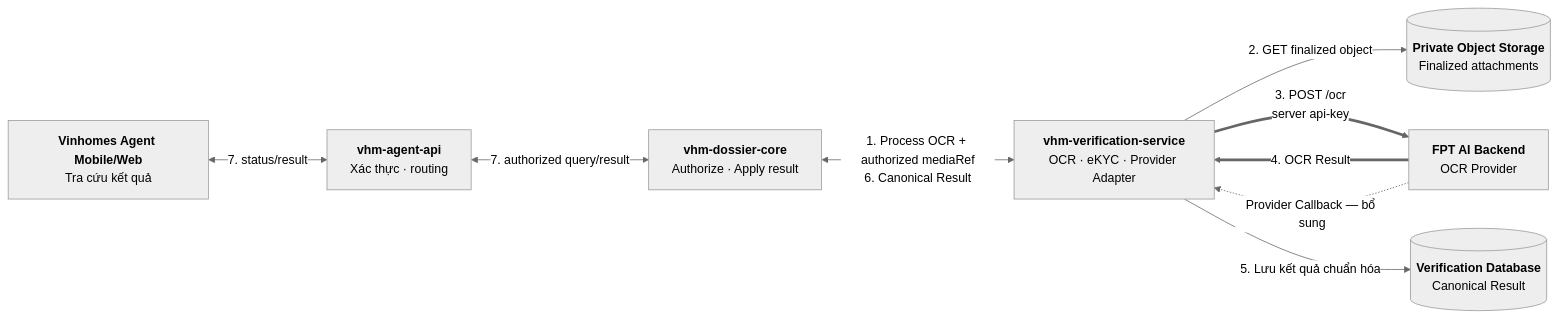
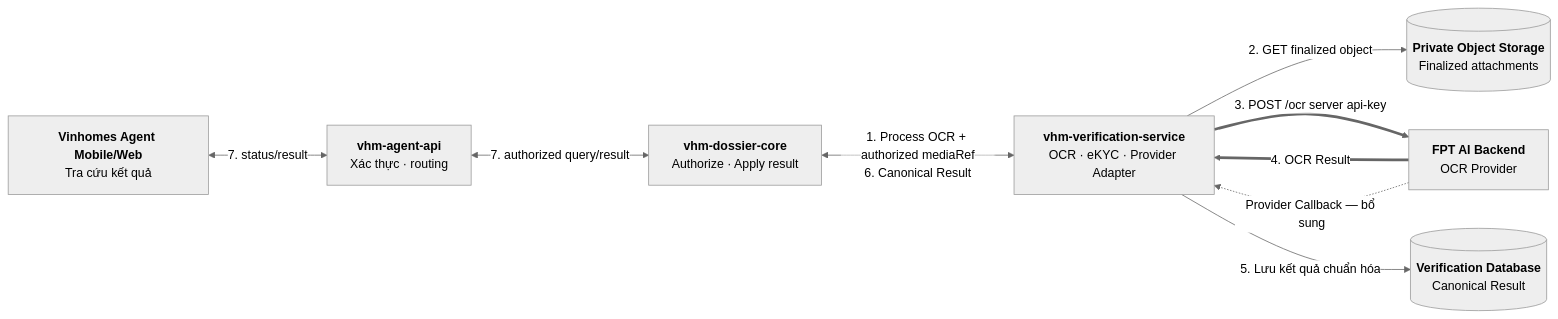
One commit to huynv-xyz/vhm changed the second of 10 diagrams in noxh.md. Above: the diagram before and after it, drawn with Mermaid (neutral theme). The commit also changed other lines of this file, not shown here.

````diff
--- a/noxh.md
+++ b/noxh.md
@@ -156,19 +164,28 @@
 ```mermaid
 flowchart LR
-    AGENT["<b>Vinhomes Agent Mobile/Web</b><br/>Tra cứu kết quả"]
-    BFF["<b>vhm-agent-api</b><br/>Xác thực · routing"]
-    NOXH["<b>vhm-dossier-core</b><br/>Authorize · Apply result"]
-    VERIFY["<b>vhm-verification-service</b><br/>OCR · eKYC · Provider Adapter"]
-    MEDIA[("<b>Private Object Storage</b><br/>Finalized attachments")]
-    PROVIDER["<b>FPT AI Backend</b><br/>OCR Provider"]
-    DB[("<b>Verification Database</b><br/>Canonical Result")]
+    AGENT["`**Vinhomes Agent Mobile/Web**
+Tra cứu kết quả`"]
+    BFF["`**vhm-agent-api**
+Xác thực · routing`"]
+    NOXH["`**vhm-dossier-core**
+Authorize · Apply result`"]
+    VERIFY["`**vhm-verification-service**
+OCR · eKYC · Provider Adapter`"]
+    MEDIA[("`**Private Object Storage**
+Finalized attachments`")]
+    PROVIDER["`**FPT AI Backend**
+OCR Provider`"]
+    DB[("`**Verification Database**
+Canonical Result`")]
 
     AGENT <-->|"7. status/result"| BFF
     BFF <-->|"7. authorized query/result"| NOXH
-    NOXH <-->|"1. Process OCR + authorized mediaRef<br/>6. Canonical Result"| VERIFY
+    NOXH <-->|"`1. Process OCR + authorized mediaRef
+6. Canonical Result`"| VERIFY
     VERIFY -->|"2. GET finalized object"| MEDIA
-    VERIFY ==>|"3. POST /ocr<br/>server api-key"| PROVIDER
+    VERIFY ==>|"`3. POST /ocr
+server api-key`"| PROVIDER
     PROVIDER ==>|"4. OCR Result"| VERIFY
     PROVIDER -.->|"Provider Callback — bổ sung"| VERIFY
     VERIFY -->|"5. Lưu kết quả chuẩn hóa"| DB
 ```
````
